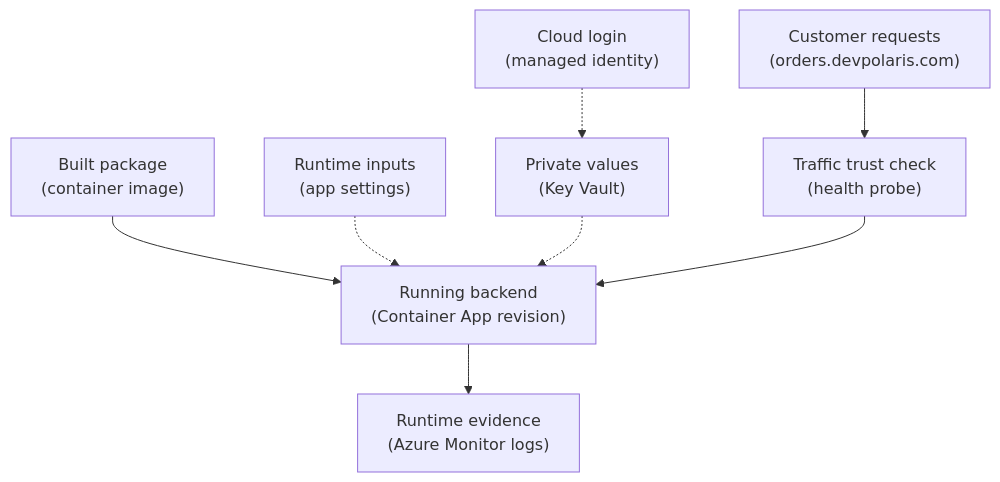
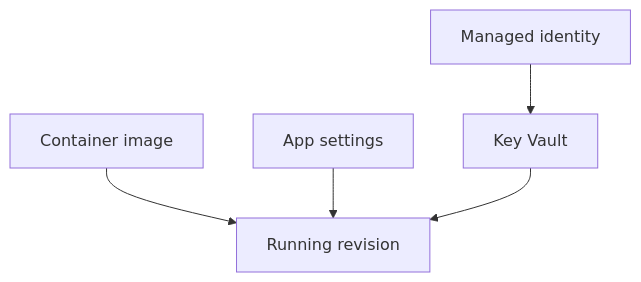
One commit to senlinyy/dev-roadmaps changed the first of 2 diagrams in cloud-providers/azure/compute-application-hosting/runtime-configuration-health-and-scaling.md. Above: the diagram before and after it, drawn with Mermaid. The commit also changed other lines of this file and 141 other files, not shown here.

````diff
--- a/cloud-providers/azure/compute-application-hosting/runtime-configuration-health-and-scaling.md
+++ b/cloud-providers/azure/compute-application-hosting/runtime-configuration-health-and-scaling.md
@@ -102,19 +101,7 @@
 ```mermaid
 flowchart TD
-    IMAGE["Built package<br/>(container image)"]
-    APP["Running backend<br/>(Container App revision)"]
-    SETTINGS["Runtime inputs<br/>(app settings)"]
-    IDENTITY["Cloud login<br/>(managed identity)"]
-    VAULT["Private values<br/>(Key Vault)"]
-    LOGS["Runtime evidence<br/>(Azure Monitor logs)"]
-    HEALTH["Traffic trust check<br/>(health probe)"]
-    TRAFFIC["Customer requests<br/>(orders.devpolaris.com)"]
-
-    IMAGE --> APP
-    SETTINGS -.-> APP
-    IDENTITY -.-> VAULT
-    VAULT -.-> APP
-    APP --> LOGS
-    HEALTH --> APP
-    TRAFFIC --> HEALTH
+    IMAGE["Container image"] --> APP["Running revision"]
+    SETTINGS["App settings"] --> APP
+    IDENTITY["Managed identity"] --> VAULT["Key Vault"]
+    VAULT --> APP
 ```
````
